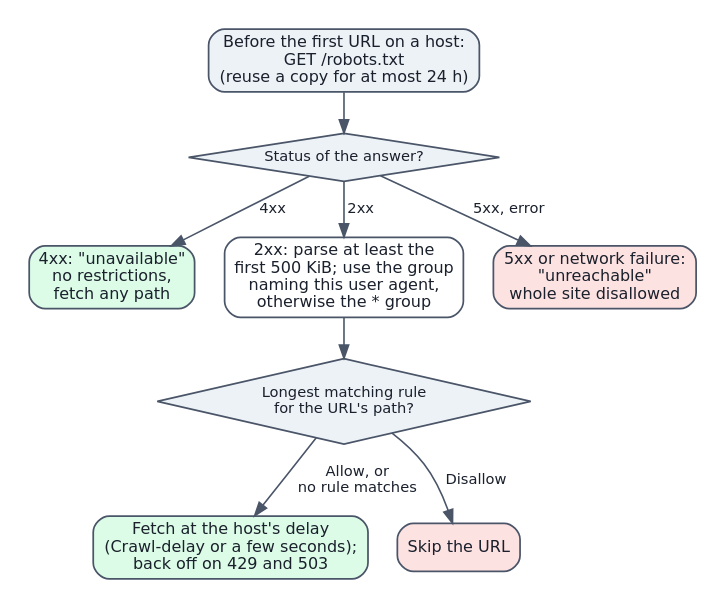
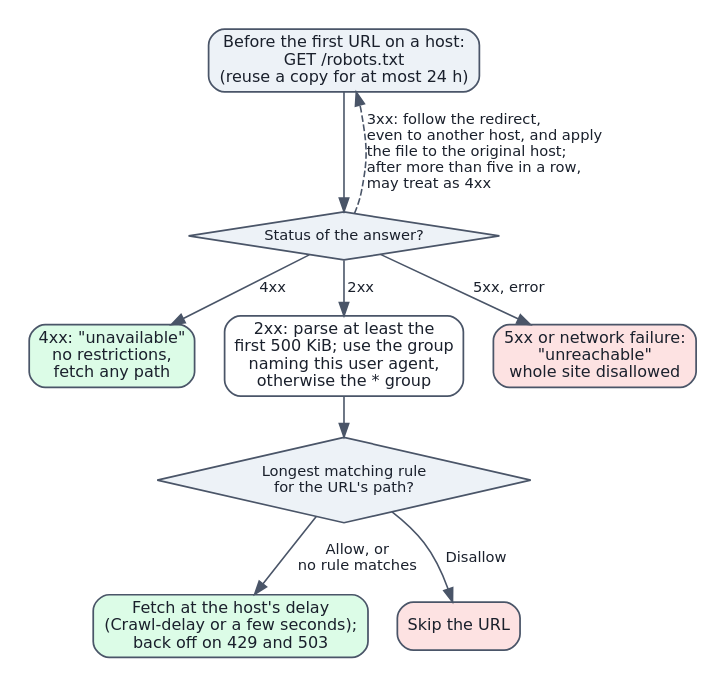
The diagram in chapters/03-data-acquisition/figures/robots-decision.dot (Beaker12/llmatlas), drawn with Graphviz before and after one commit. The commit also changed 23 other files, not shown here.

```diff
--- a/chapters/03-data-acquisition/figures/robots-decision.dot
+++ b/chapters/03-data-acquisition/figures/robots-decision.dot
@@ -1,20 +1,21 @@
 digraph robots_decision {
   graph [fontname="DejaVu Sans", fontsize=13, nodesep=0.3, ranksep=0.4, pad=0.2];
   node [fontname="DejaVu Sans", fontsize=12, fontcolor="#1a202c", shape=box, style="rounded,filled", fillcolor="#ffffff", color="#4a5568", penwidth=1.3]; edge [fontname="DejaVu Sans", fontsize=11, fontcolor="#1a202c", color="#4a5568", penwidth=1.2];
   fetch [label="Before the first URL on a host:\nGET /robots.txt\n(reuse a copy for at most 24 h)", fillcolor="#edf2f7"];
   status [label="Status of the answer?", shape=diamond, style="filled", fillcolor="#edf2f7", fontsize=11];
   unavailable [label="4xx: \"unavailable\"\nno restrictions,\nfetch any path", fillcolor="#dcfce7"];
   parse [label="2xx: parse at least the\nfirst 500 KiB; use the group\nnaming this user agent,\notherwise the * group"];
   unreachable [label="5xx or network failure:\n\"unreachable\"\nwhole site disallowed", fillcolor="#fde2e2"];
   match [label="Longest matching rule\nfor the URL's path?", shape=diamond, style="filled", fillcolor="#edf2f7", fontsize=11];
   allow [label="Fetch at the host's delay\n(Crawl-delay or a few seconds);\nback off on 429 and 503", fillcolor="#dcfce7"];
   deny [label="Skip the URL", fillcolor="#fde2e2"];
   fetch -> status;
   status -> unavailable [label=" 4xx"];
   status -> parse [label=" 2xx"];
   status -> unreachable [label=" 5xx, error"];
+  status -> fetch [label=" 3xx: follow the redirect,\l even to another host, and apply\l the file to the original host;\l after more than five in a row,\l may treat as 4xx\l", constraint=false, style=dashed];
   parse -> match;
   match -> allow [label=" Allow, or\n no rule matches"];
   match -> deny [label=" Disallow"];
   {rank=same; unavailable; parse; unreachable}
 }
```
